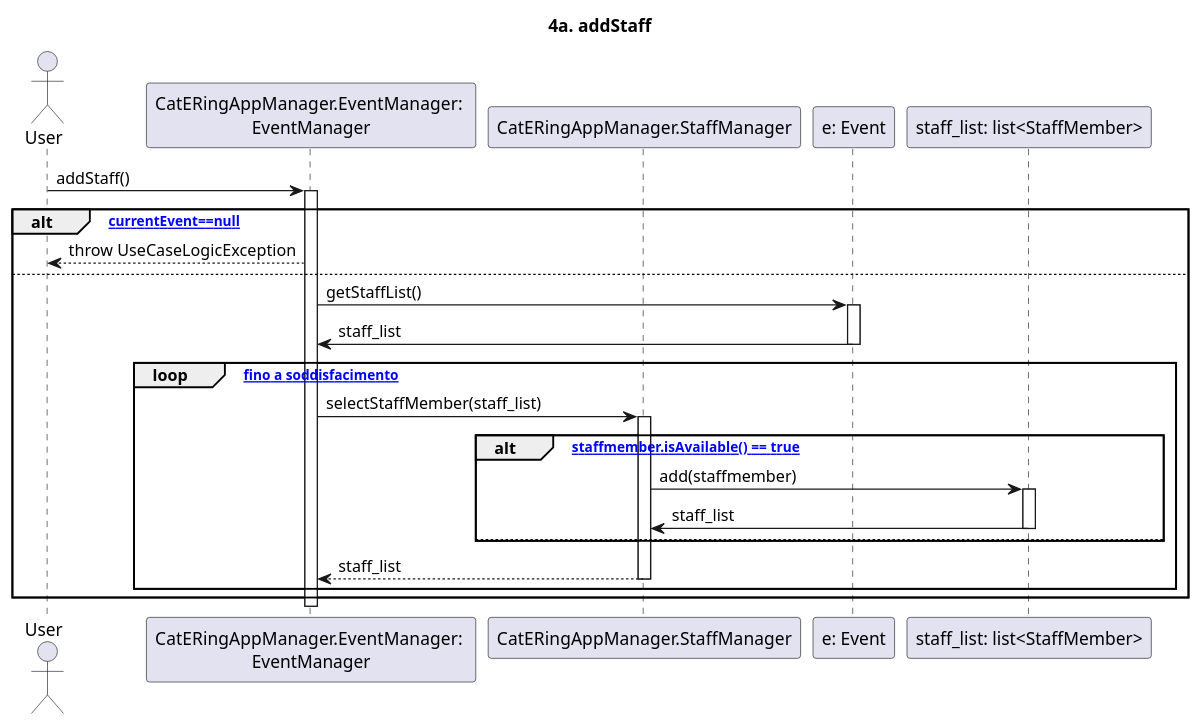
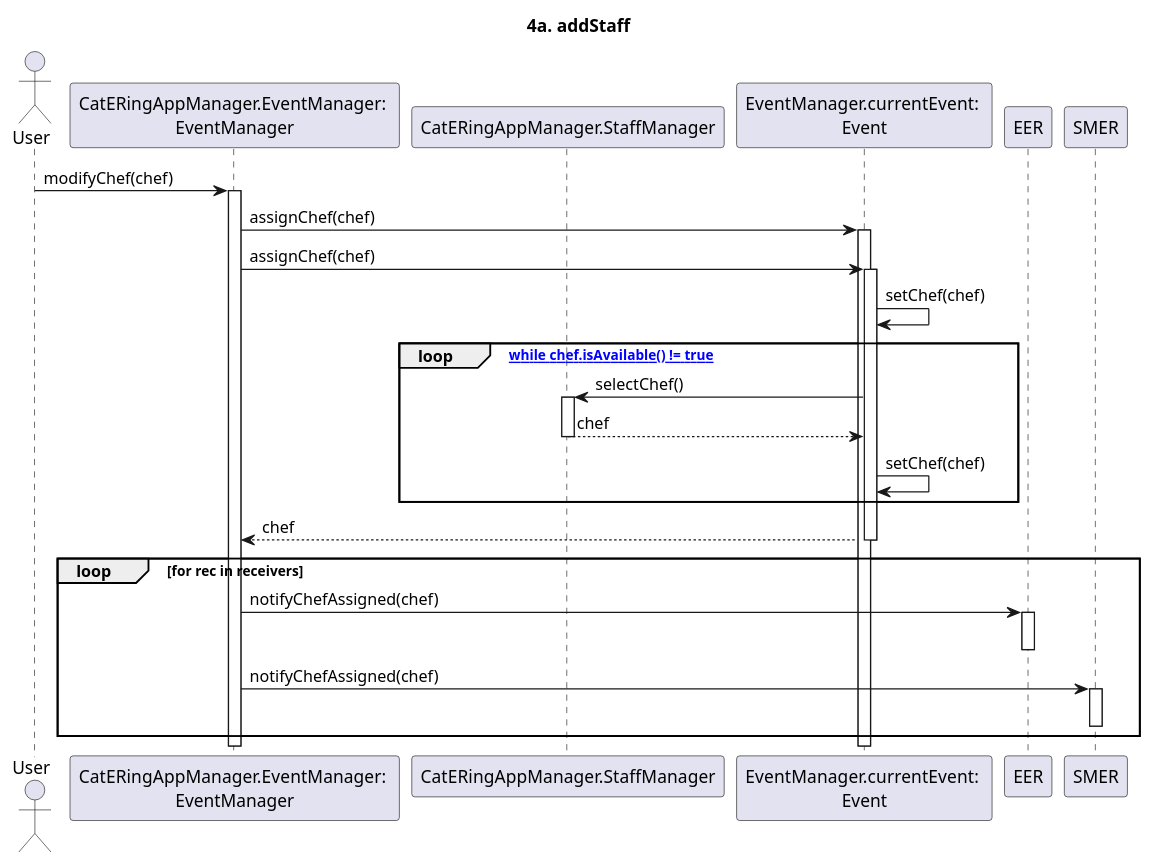
The diagram in dsd/dsd-eventi/estensioniEcc/34a-modifyChef.md (m0canu1/sas), drawn with PlantUML before and after one commit. The commit also changed 2 other files, not shown here.

Commit message:
basta per oggi cazzo

````diff
--- a/dsd/dsd-eventi/estensioniEcc/34a-modifyChef.md
+++ b/dsd/dsd-eventi/estensioniEcc/34a-modifyChef.md
@@ -1,38 +1,34 @@
 ```plantuml
 
 title: 4a. addStaff
 
 Actor User
 Participant "CatERingAppManager.EventManager: \nEventManager" as EM
 Participant "CatERingAppManager.StaffManager" as SM
-Participant "e: Event" as E
+Participant "EventManager.currentEvent: \nEvent" as CE
 
-User -> EM: addStaff()
+User -> EM: modifyChef(chef)
 Activate EM
-
-alt [currentEvent==null]
-    EM --> User: throw UseCaseLogicException
-else
-    EM -> E: getStaffList()
-    Activate E
-    E -> EM: staff_list
-    Deactivate E
-    
-    loop ["fino a soddisfacimento"]
-        EM -> SM: selectStaffMember(staff_list)
-        Activate SM
-        
-        alt ["staffmember.isAvailable() == true"]
-            SM -> "staff_list: list<StaffMember>": add(staffmember)
-            Activate "staff_list: list<StaffMember>"
-            "staff_list: list<StaffMember>" -> SM: staff_list
-            Deactivate "staff_list: list<StaffMember>"
-        else 
-        end
-        SM --> EM: staff_list
-        Deactivate SM
-    end    
+EM -> CE: assignChef(chef)
+Activate CE
+EM -> CE: assignChef(chef)
+Activate CE
+CE -> CE: setChef(chef)
+loop ["while chef.isAvailable() != true"]
+    CE -> SM: selectChef()
+    Activate SM
+    SM --> CE: chef
+    Deactivate SM
+    CE -> CE: setChef(chef)
 end
-Deactivate EM
-
+CE --> EM: chef
+Deactivate CE
+loop for rec in receivers
+  EM -> EER: notifyChefAssigned(chef)
+  Activate EER
+  Deactivate EER
+  EM -> SMER: notifyChefAssigned(chef)
+  Activate SMER
+  Deactivate SMER
+end
 ```
````
